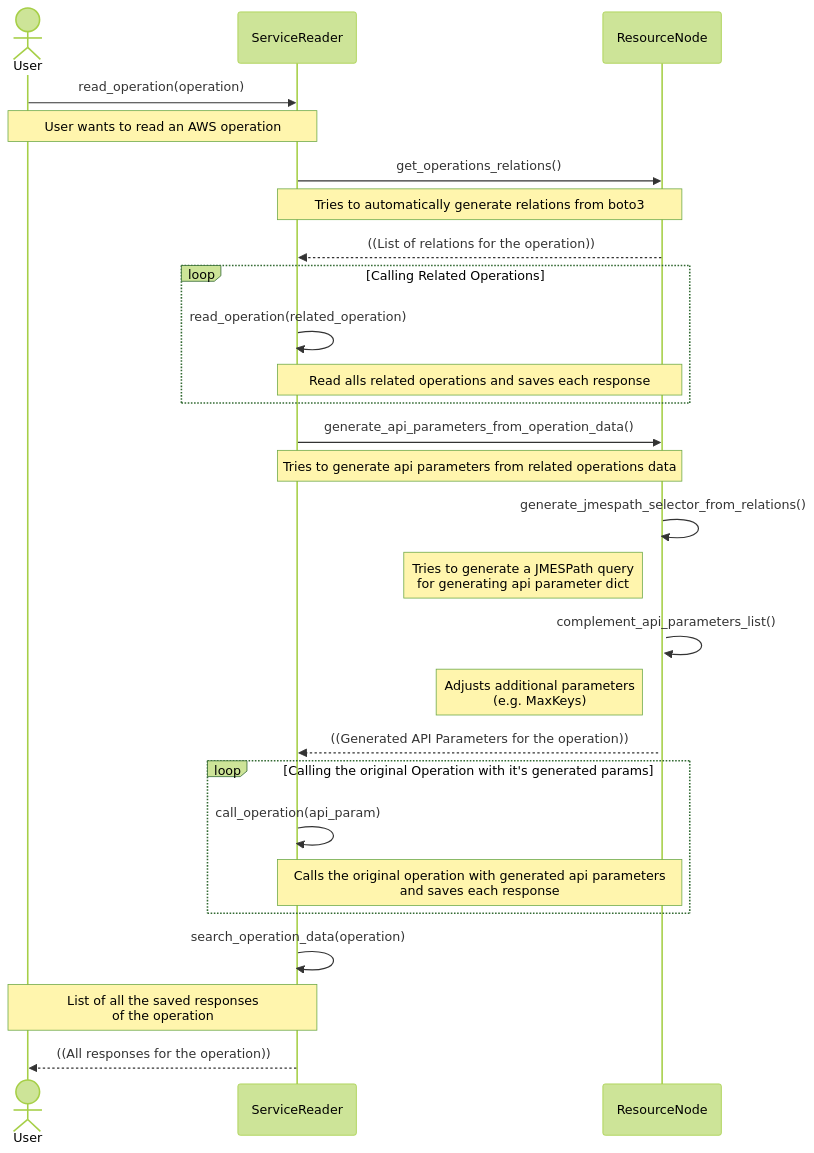
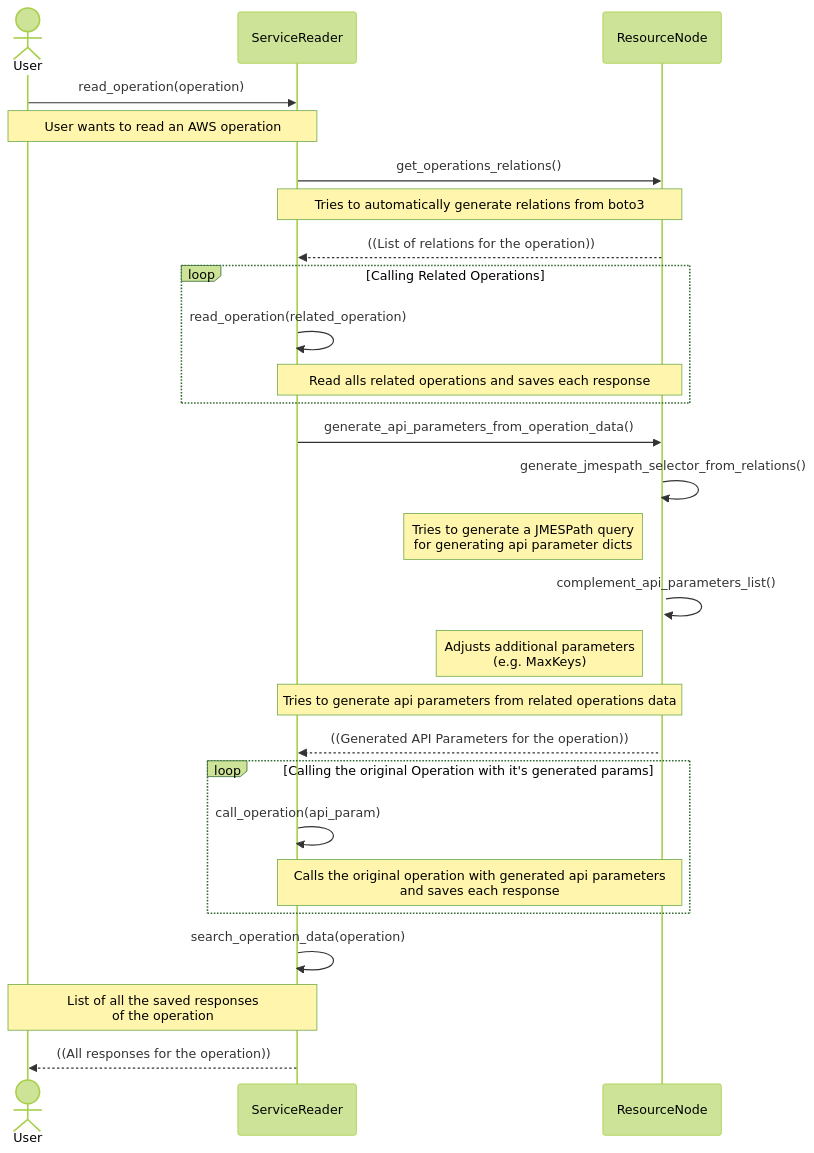
Before and after one commit to oguzhan-yilmaz/balcony: the diagram in docs/how-it-works/reading-operations.md, drawn with Mermaid (forest theme). The commit also changed 11 other files, not shown here.

````diff
--- a/docs/how-it-works/reading-operations.md
+++ b/docs/how-it-works/reading-operations.md
@@ -2,42 +2,44 @@
 ``` mermaid
 sequenceDiagram
   actor User
   participant SR as ServiceReader
   participant RN as ResourceNode
   User->>SR: read_operation(operation)
   Note over User,SR: User wants to read an AWS operation
 
   SR->>RN: get_operations_relations()
   Note over SR,RN: Tries to automatically generate relations from boto3
 
   RN-->>SR: ((List of relations for the operation))
   loop Calling Related Operations
     SR->>SR: read_operation(related_operation)
     Note over SR,RN: Read alls related operations and saves each response
   end
   
   
   SR->>RN: generate_api_parameters_from_operation_data()
-  Note over SR,RN: Tries to generate api parameters from related operations data
   RN->>+RN: generate_jmespath_selector_from_relations()
-  Note left of RN: Tries to generate a JMESPath query <br/>for generating api parameter dict
+  Note left of RN: Tries to generate a JMESPath query <br/>for generating api parameter dicts
 
   RN->>+RN: complement_api_parameters_list()
   Note left of RN: Adjusts additional parameters<br/>(e.g. MaxKeys)
+
+  Note over SR,RN: Tries to generate api parameters from related operations data
+
   RN-->>SR: ((Generated API Parameters for the operation))
 
 
 
 
   loop Calling the original Operation with it's generated params
     SR->>SR: call_operation(api_param)
     Note over SR,RN: Calls the original operation with generated api parameters <br/> and saves each response
   end
   
 
   SR->>SR: search_operation_data(operation)
   Note over User,SR: List of all the saved responses<br/>of the operation
 
   SR-->>User: ((All responses for the operation))
 
 ```
````
